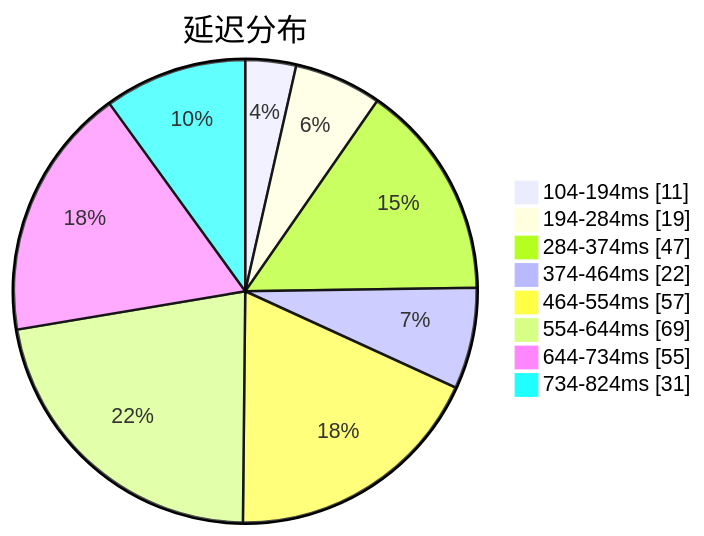
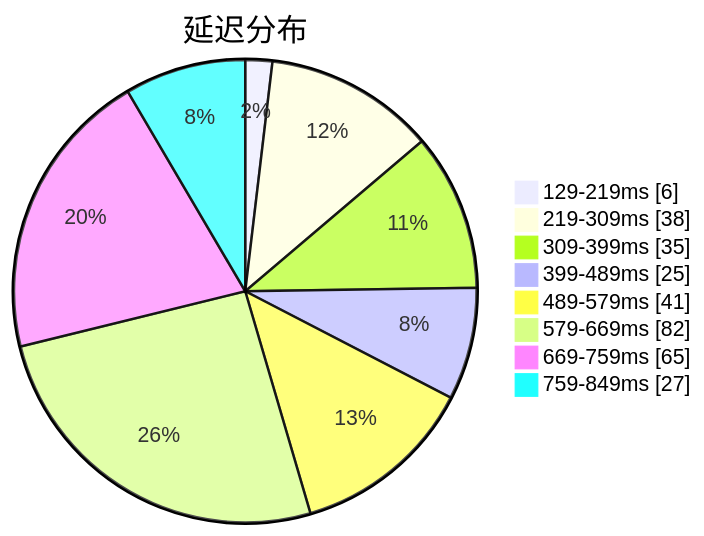
Before and after one commit to sinspired/airport: the first of 3 diagrams in subs/statistics/tested_within.md, drawn with Mermaid. The commit also changed other lines of this file and 2 other files, not shown here.

````diff
--- a/subs/statistics/tested_within.md
+++ b/subs/statistics/tested_within.md
@@ -2,12 +2,12 @@
 ```mermaid
 pie showData
 title 延迟分布
-"104-194ms" : 11
-"194-284ms" : 19
-"284-374ms" : 47
-"374-464ms" : 22
-"464-554ms" : 57
-"554-644ms" : 69
-"644-734ms" : 55
-"734-824ms" : 31
+"129-219ms" : 6
+"219-309ms" : 38
+"309-399ms" : 35
+"399-489ms" : 25
+"489-579ms" : 41
+"579-669ms" : 82
+"669-759ms" : 65
+"759-849ms" : 27
 ```
````
